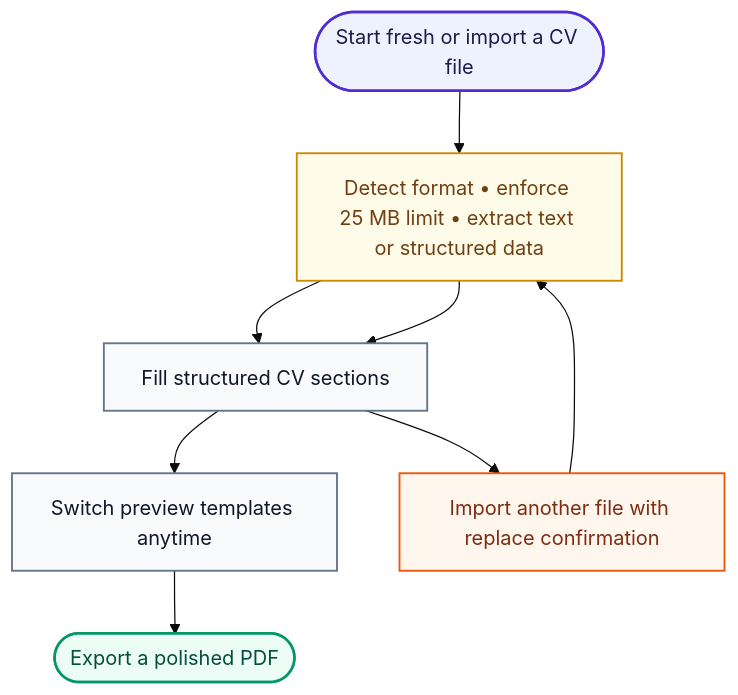
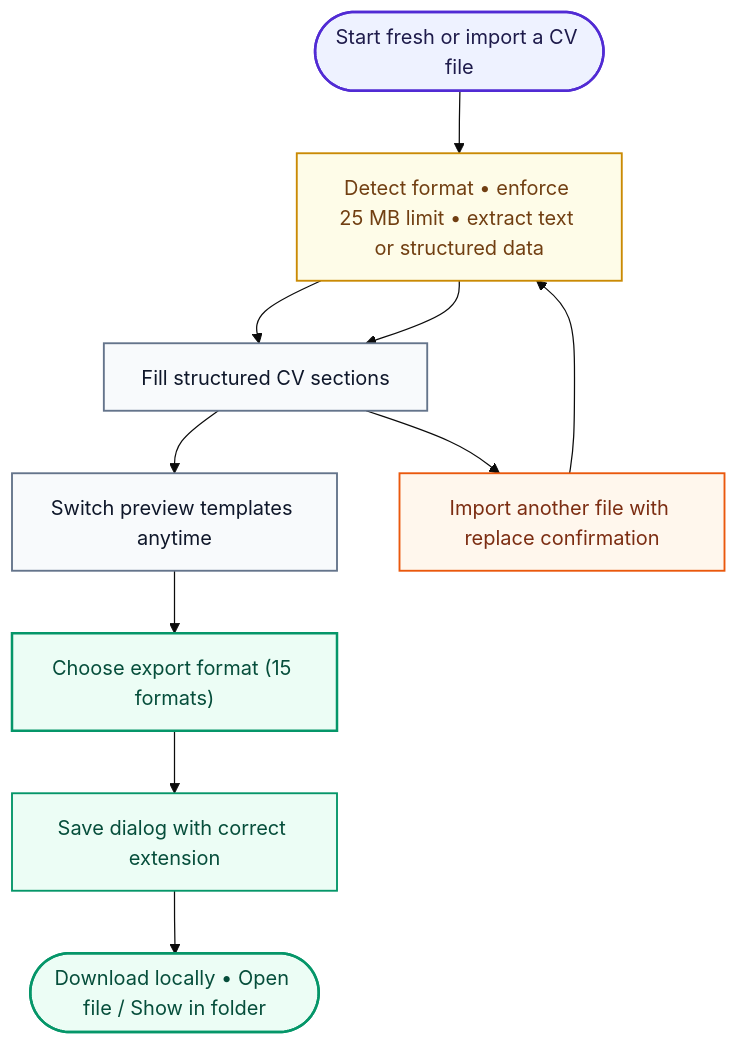
Before and after one commit to 01laky/ReVitae: the diagram in README.md, drawn with Mermaid (base theme). The commit also changed other lines of this file and 48 other files, not shown here.

First line of the commit message:
Add multi-format CV export, create-new-CV flow, and DOCX round-trip import fixes.

````diff
--- a/README.md
+++ b/README.md
@@ -16,19 +16,23 @@
 ```mermaid
 flowchart TD
     start(["Start fresh or import a CV file"])
     ingest["Detect format • enforce 25 MB limit • extract text or structured data"]
     sections["Fill structured CV sections"]
     replace["Import another file with replace confirmation"]
     templates["Switch preview templates anytime"]
-    export(["Export a polished PDF"])
+    exportModal["Choose export format (15 formats)"]
+    exportSave["Save dialog with correct extension"]
+    exportDone(["Download locally • Open file / Show in folder"])
 
-    start --> ingest --> sections --> templates --> export
+    start --> ingest --> sections --> templates --> exportModal --> exportSave --> exportDone
     sections --> replace --> ingest --> sections
 
     style start fill:#eef2ff,stroke:#512BD4,stroke-width:2px,color:#1e1b4b
     style ingest fill:#fefce8,stroke:#ca8a04,stroke-width:1.5px,color:#713f12
     style sections fill:#f8fafc,stroke:#64748b,stroke-width:1.5px,color:#0f172a
     style replace fill:#fff7ed,stroke:#ea580c,stroke-width:1.5px,color:#7c2d12
     style templates fill:#f8fafc,stroke:#64748b,stroke-width:1.5px,color:#0f172a
-    style export fill:#ecfdf5,stroke:#059669,stroke-width:2px,color:#064e3b
+    style exportModal fill:#ecfdf5,stroke:#059669,stroke-width:2px,color:#064e3b
+    style exportSave fill:#ecfdf5,stroke:#059669,stroke-width:1.5px,color:#064e3b
+    style exportDone fill:#ecfdf5,stroke:#059669,stroke-width:2px,color:#064e3b
 ```
````
